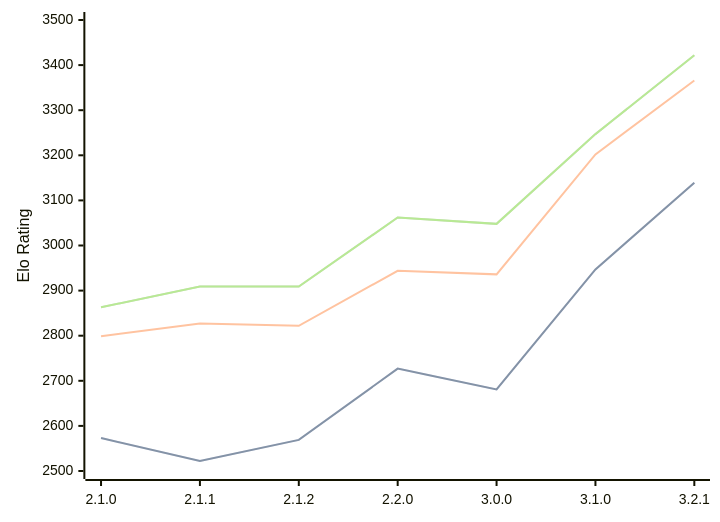
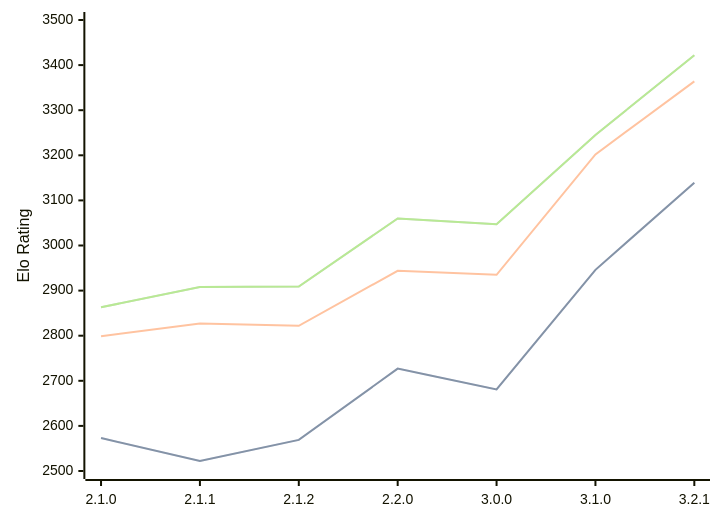
Before and after one commit to computer-chess-index/cci: the diagram in engines/Prune.md, drawn with Mermaid. The commit also changed other lines of this file, not shown here.

Commit message:
Update CCI Ratings (ELO VLTC) - 2026-04-20

````diff
--- a/engines/Prune.md
+++ b/engines/Prune.md
@@ -42,11 +42,11 @@
 ```mermaid
 %%{init: {"theme":"base","themeVariables":{"seriesColors:['#a3a3a3','#222221','#faa371']}}}%%
 xychart-beta
   x-axis ["2.1.0", "2.1.1", "2.1.2", "2.2.0", "3.0.0", "3.1.0", "3.2.1"]
   y-axis "Elo Rating" 2500 --> 3500
-  line "STC (8.0+0.08s)" [2573, 2522, 2569, 2727, 2681, 2947, 3139]
-  line "STC (8.0+0.08s)" [2573, 2522, 2569, 2727, 2681, 2947, 3139]
-  line "LTC (60.0+0.60s)" [2799, 2827, 2822, 2944, 2936, 3202, 3366]
-  line "VLTC (2m24s+1.12s)" [2863, 2909, 2909, 3062, 3048, 3247, 3422]
-  line "VLTC (2m24s+1.12s)" [2863, 2909, 2909, 3062, 3048, 3247, 3422]
+  line "STC (8.0+0.08s)" [2573, 2522, 2569, 2727, 2681, 2946, 3139]
+  line "STC (8.0+0.08s)" [2573, 2522, 2569, 2727, 2681, 2946, 3139]
+  line "LTC (60.0+0.60s)" [2799, 2827, 2822, 2944, 2935, 3202, 3364]
+  line "VLTC (2m24s+1.12s)" [2863, 2908, 2909, 3060, 3047, 3245, 3422]
+  line "VLTC (2m24s+1.12s)" [2863, 2908, 2909, 3060, 3047, 3245, 3422]
 ```
````
